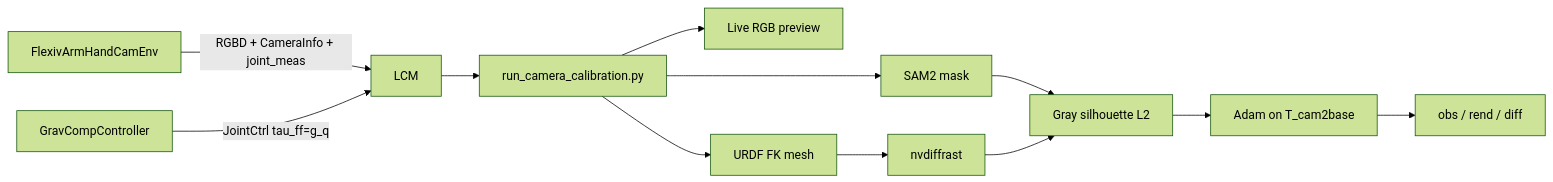
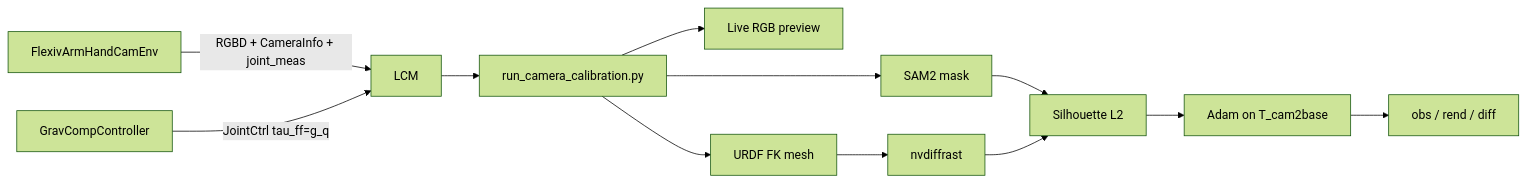
The diagram in tutorial/14_diff_camera_calibration.md (rophi-lab/RoPhiTutorial), drawn with Mermaid (forest theme) before and after one commit. The commit also changed other lines of this file and 1 other file, not shown here.

````diff
--- a/tutorial/14_diff_camera_calibration.md
+++ b/tutorial/14_diff_camera_calibration.md
@@ -7,14 +10,14 @@
 ```mermaid
 flowchart LR
   env[FlexivArmHandCamEnv] -->|RGBD + CameraInfo + joint_meas| LCM
   grav[GravCompController] -->|JointCtrl tau_ff=g_q| LCM
   LCM --> calib[run_camera_calibration.py]
   calib --> RGB[Live RGB preview]
   calib --> SAM2[SAM2 mask]
   calib --> FK[URDF FK mesh]
-  SAM2 --> Loss[Gray silhouette L2]
+  SAM2 --> Loss[Silhouette L2]
   FK --> DR[nvdiffrast]
   DR --> Loss
   Loss --> Opt[Adam on T_cam2base]
   Opt --> Viz[obs / rend / diff]
 ```
````
